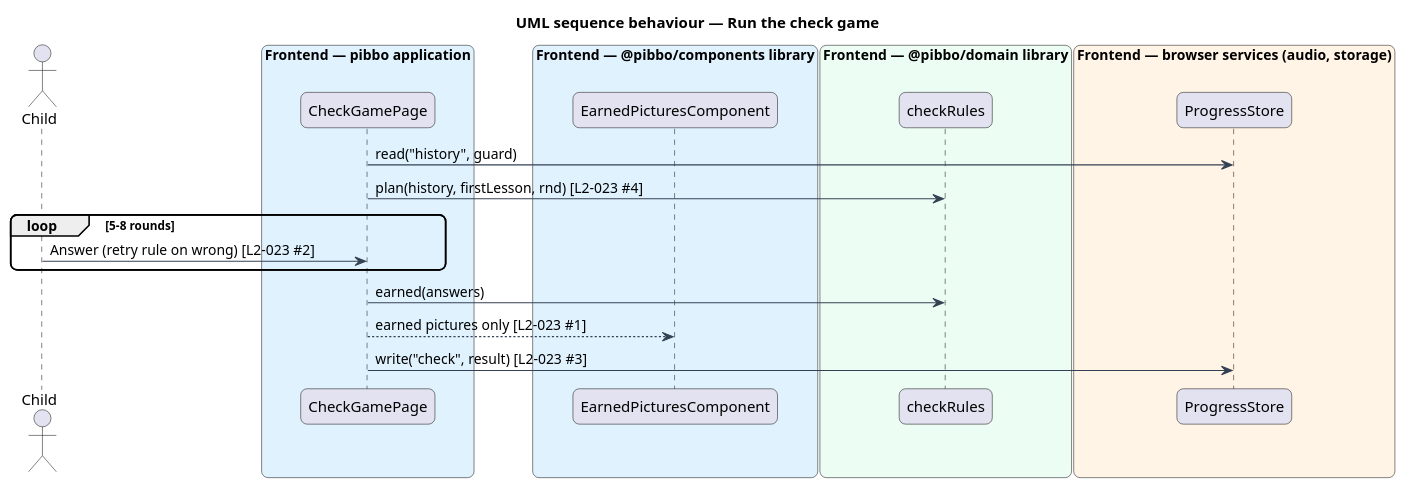
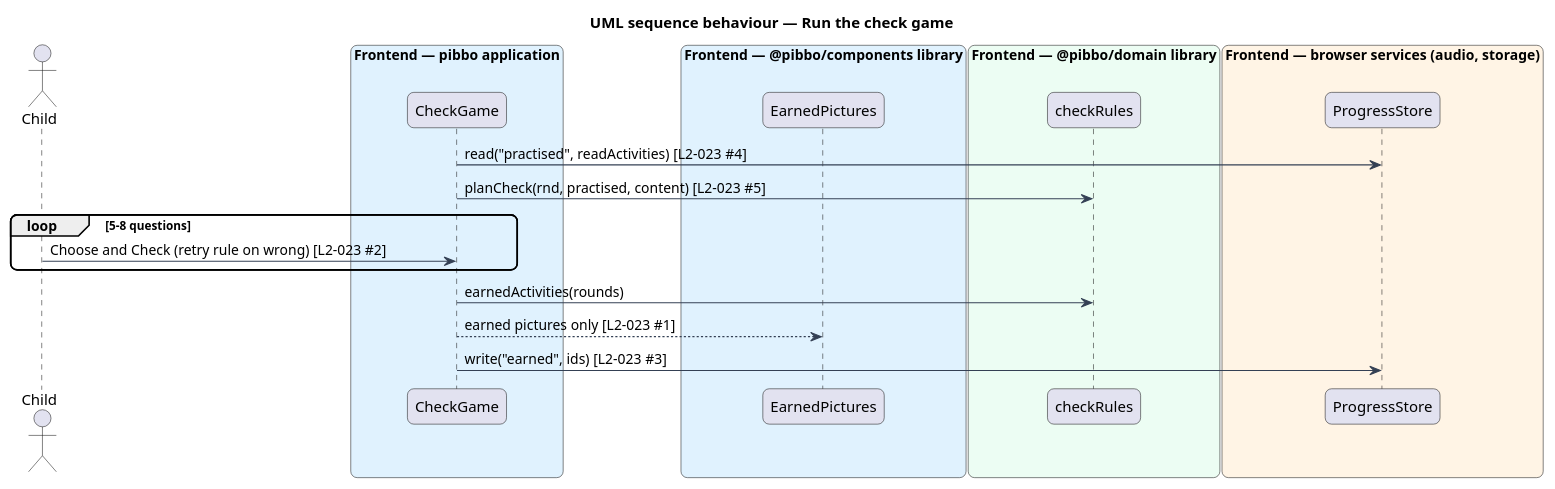
Before and after one commit to QuinntyneBrown/pibbo: the diagram in docs/detailed-designs/lessons/check-game/diagrams/sequence-run-check-game.puml, drawn with PlantUML. The commit also changed 34 other files, not shown here.

Commit message:
Check game: redraw the mocks and align the design system, L2-023, ADR 0026 and the design (L2-023)

```diff
--- a/docs/detailed-designs/lessons/check-game/diagrams/sequence-run-check-game.puml
+++ b/docs/detailed-designs/lessons/check-game/diagrams/sequence-run-check-game.puml
@@ -1,29 +1,29 @@
 @startuml
 title UML sequence behaviour — Run the check game
 skinparam backgroundColor #FFFFFF
 skinparam shadowing false
 skinparam roundcorner 12
 skinparam defaultFontName Arial
 skinparam ArrowColor #344054
 actor "Child" as actor
 box "Frontend — pibbo application" #E0F2FE
-  participant "CheckGamePage" as page
+  participant "CheckGame" as page
 end box
 box "Frontend — @pibbo/components library" #E0F2FE
-  participant "EarnedPicturesComponent" as res
+  participant "EarnedPictures" as res
 end box
 box "Frontend — @pibbo/domain library" #ECFDF3
   participant "checkRules" as rules
 end box
 box "Frontend — browser services (audio, storage)" #FFF4E5
   participant "ProgressStore" as store
 end box
-page -> store : read("history", guard)
-page -> rules : plan(history, firstLesson, rnd) [L2-023 #4]
-loop 5-8 rounds
-  actor -> page : Answer (retry rule on wrong) [L2-023 #2]
+page -> store : read("practised", readActivities) [L2-023 #4]
+page -> rules : planCheck(rnd, practised, content) [L2-023 #5]
+loop 5-8 questions
+  actor -> page : Choose and Check (retry rule on wrong) [L2-023 #2]
 end
-page -> rules : earned(answers)
+page -> rules : earnedActivities(rounds)
 page --> res : earned pictures only [L2-023 #1]
-page -> store : write("check", result) [L2-023 #3]
+page -> store : write("earned", ids) [L2-023 #3]
 @enduml
```
